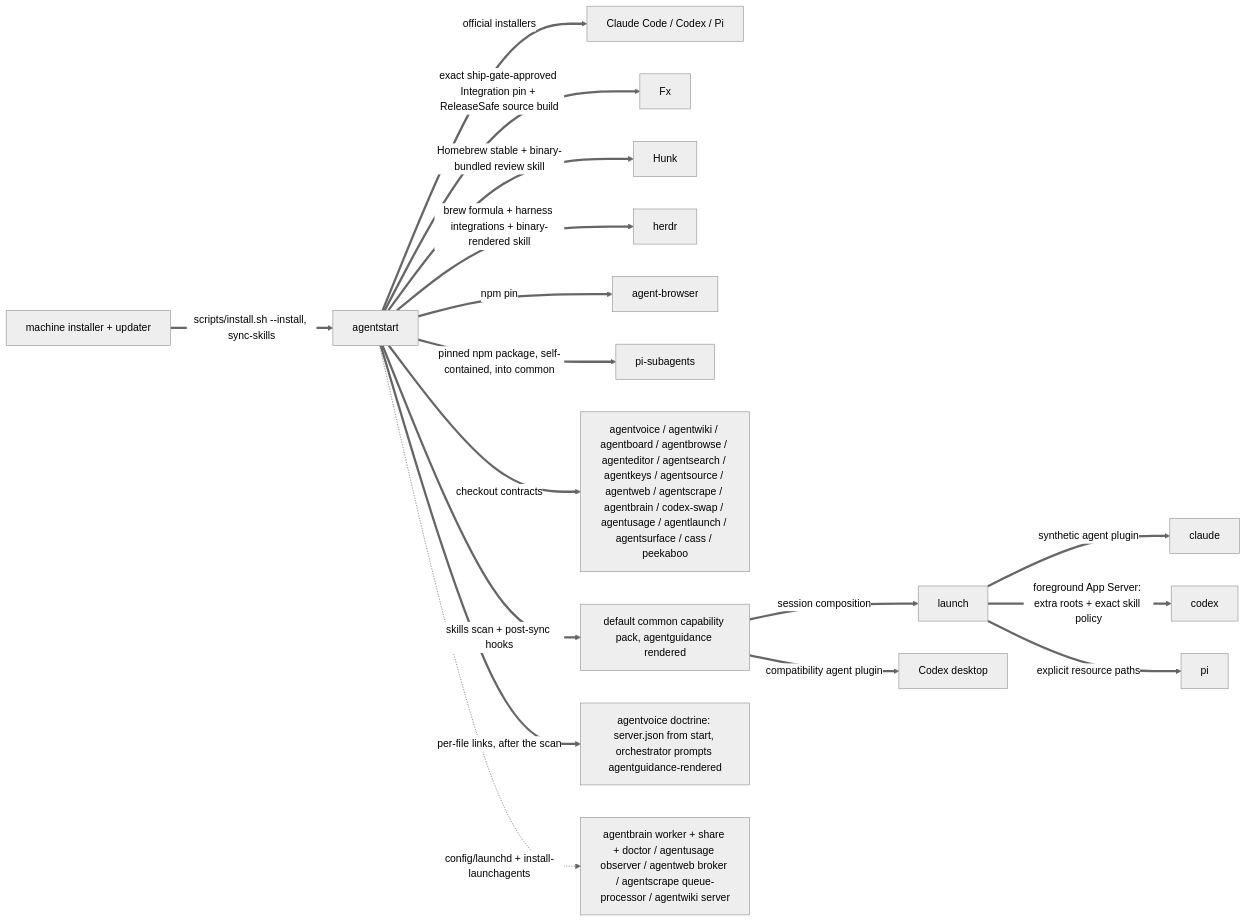
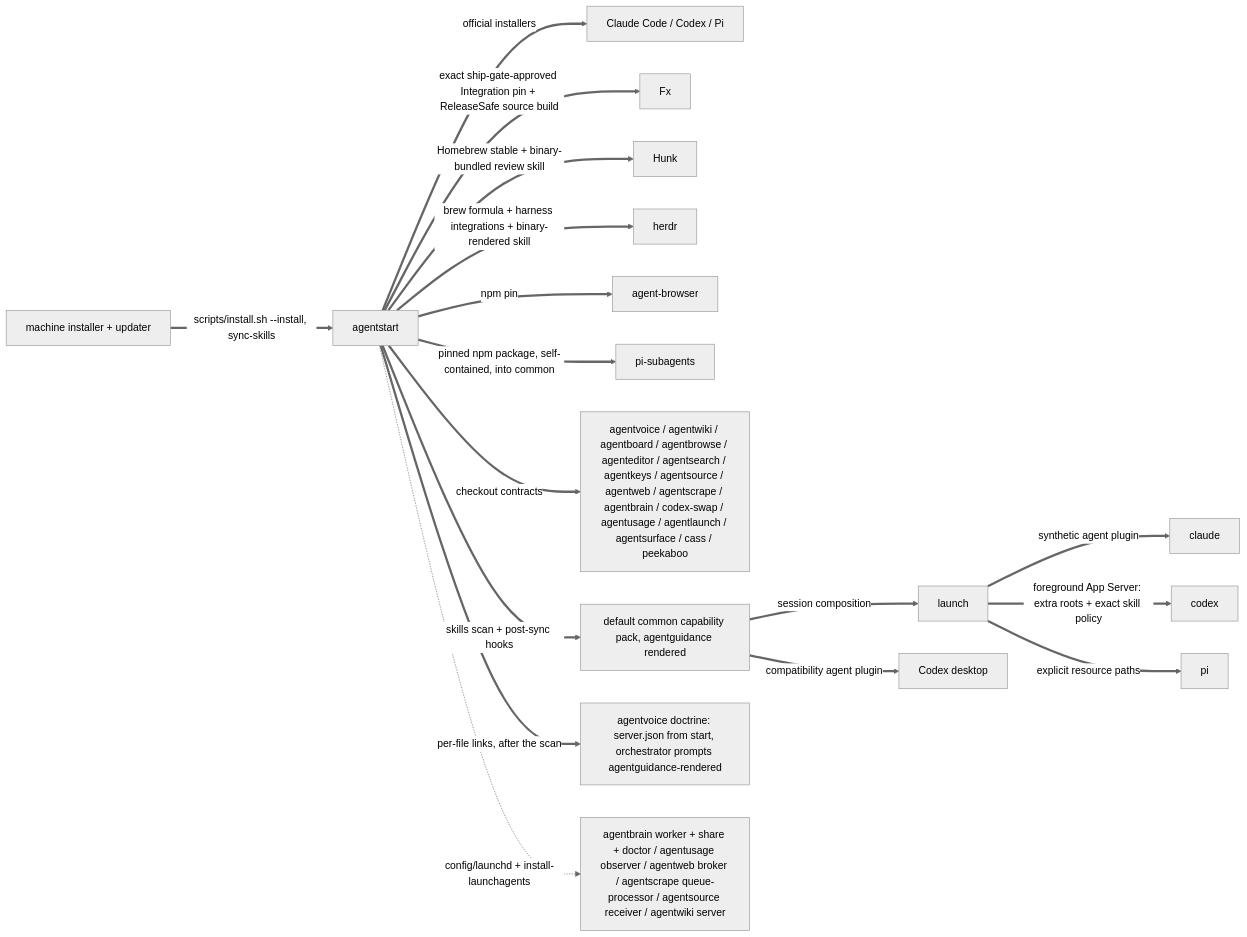
One commit to possibilities/agentstart changed the second of 3 diagrams in skills/fleet/MAP.md. Above: the diagram before and after it, drawn with Mermaid (neutral theme). The commit also changed other lines of this file and 7 other files, not shown here.

````diff
--- a/skills/fleet/MAP.md
+++ b/skills/fleet/MAP.md
@@ -85,22 +85,22 @@
 ```mermaid
 flowchart LR
     machine[machine installer + updater]
     start[agentstart]
 
     machine ==>|scripts/install.sh --install, sync-skills| start
     start ==>|official installers| harnesses[Claude Code / Codex / Pi]
     start ==>|exact ship-gate-approved Integration pin + ReleaseSafe source build| fx[Fx]
     start ==>|Homebrew stable + binary-bundled review skill| hunk[Hunk]
     start ==>|brew formula + harness integrations + binary-rendered skill| herdrInstall[herdr]
     start ==>|npm pin| browser[agent-browser]
     start ==>|pinned npm package, self-contained, into common| piSubagents[pi-subagents]
     start ==>|checkout contracts| fleet[agentvoice / agentwiki / agentboard / agentbrowse / agenteditor / agentsearch / agentkeys / agentsource / agentweb / agentscrape / agentbrain / codex-swap / agentusage / agentlaunch / agentsurface / cass / peekaboo]
     start ==>|skills scan + post-sync hooks| skills[default common capability pack, agentguidance rendered]
     skills ==>|session composition| launch
     launch ==>|synthetic agent plugin| claude
     launch ==>|foreground App Server: extra roots + exact skill policy| codex
     launch ==>|explicit resource paths| pi
     skills ==>|compatibility agent plugin| codexDesktop[Codex desktop]
     start ==>|per-file links, after the scan| voiceDoctrine[agentvoice doctrine: server.json from start, orchestrator prompts agentguidance-rendered]
-    start -.->|config/launchd + install-launchagents| services[agentbrain worker + share + doctor / agentusage observer / agentweb broker / agentscrape queue-processor / agentwiki server]
+    start -.->|config/launchd + install-launchagents| services[agentbrain worker + share + doctor / agentusage observer / agentweb broker / agentscrape queue-processor / agentsource receiver / agentwiki server]
 ```
````
